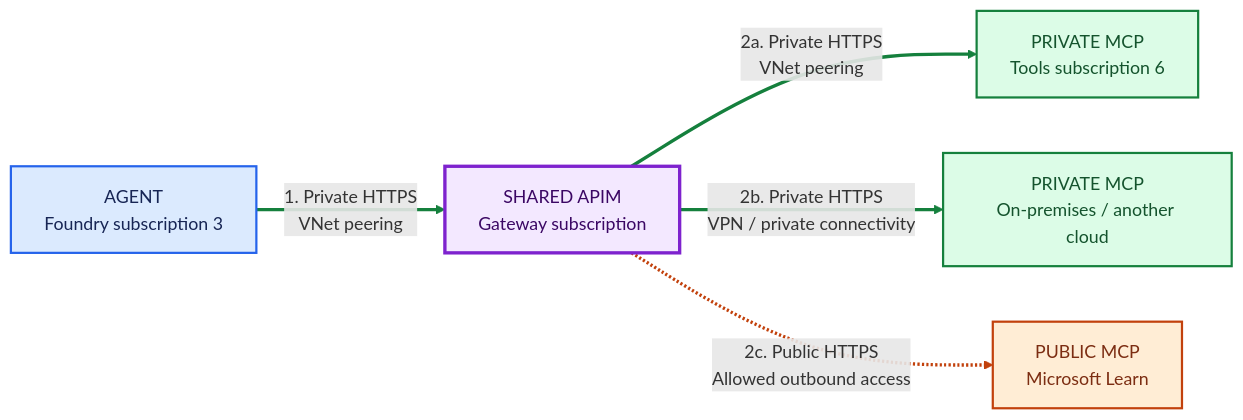
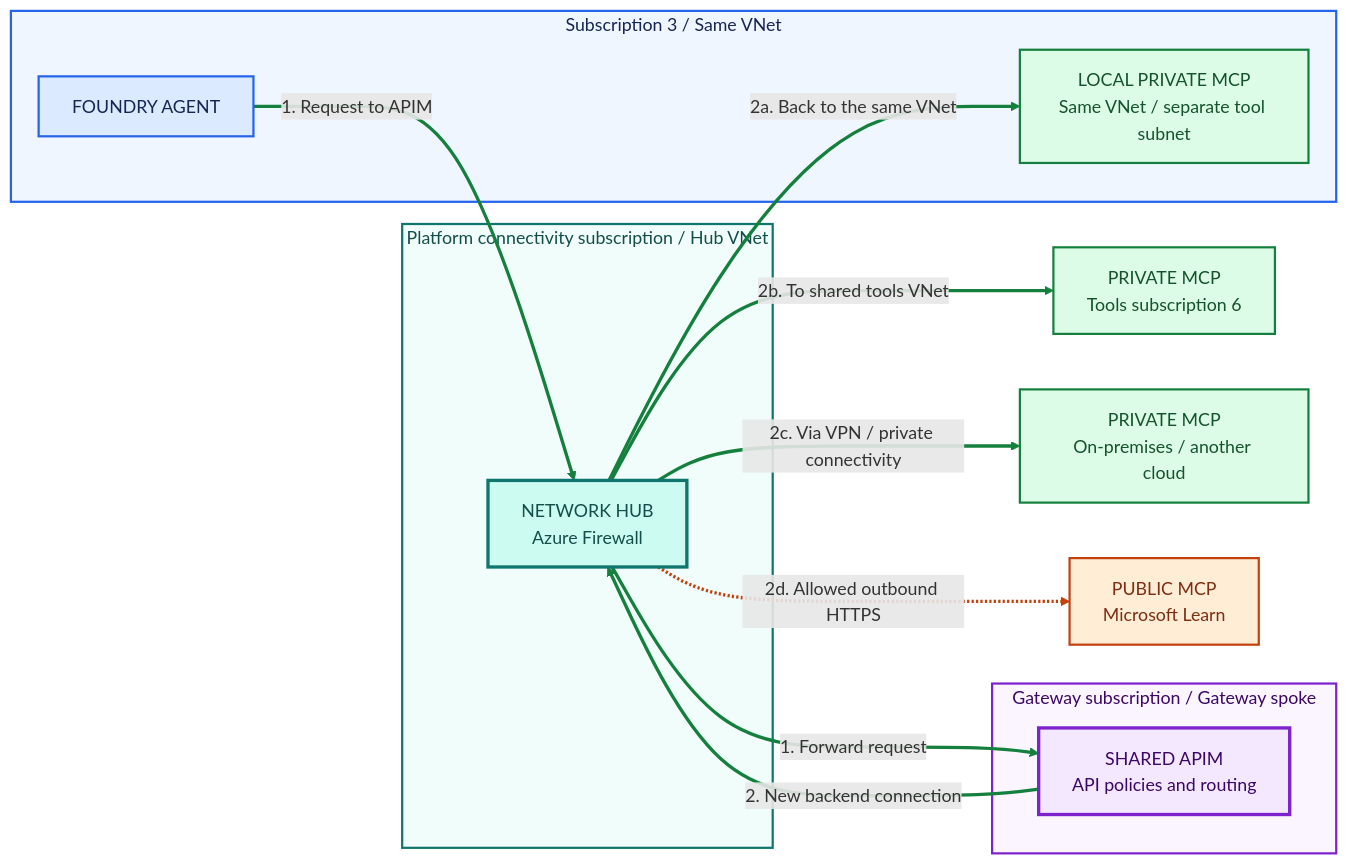
The second of 2 diagrams in architecture.md (memasanz/foundry-ai-landing-zone), drawn with Mermaid before and after one commit. The commit also changed other lines of this file and 1 other file, not shown here.

````diff
--- a/architecture.md
+++ b/architecture.md
@@ -75,25 +89,41 @@
 ```mermaid
 flowchart LR
-    Agent["AGENT<br/>Foundry subscription 3"]
-    APIM["SHARED APIM<br/>Gateway subscription"]
+    subgraph Sub3["Subscription 3 / Same VNet"]
+        Agent["FOUNDRY AGENT"]
+        Local["LOCAL PRIVATE MCP<br/>Same VNet / separate tool subnet"]
+    end
+    subgraph Connectivity["Platform connectivity subscription / Hub VNet"]
+        Hub["NETWORK HUB<br/>Azure Firewall"]
+    end
+    subgraph Gateway["Gateway subscription / Gateway spoke"]
+        APIM["SHARED APIM<br/>API policies and routing"]
+    end
     Private["PRIVATE MCP<br/>Tools subscription 6"]
     Remote["PRIVATE MCP<br/>On-premises / another cloud"]
     Learn["PUBLIC MCP<br/>Microsoft Learn"]
 
-    Agent -->|"1. Private HTTPS<br/>VNet peering"| APIM
-    APIM -->|"2a. Private HTTPS<br/>VNet peering"| Private
-    APIM -->|"2b. Private HTTPS<br/>VPN / private connectivity"| Remote
-    APIM -.->|"2c. Public HTTPS<br/>Allowed outbound access"| Learn
+    Agent -->|"1. Request to APIM"| Hub
+    Hub -->|"1. Forward request"| APIM
+    APIM -->|"2. New backend connection"| Hub
+    Hub -->|"2a. Back to the same VNet"| Local
+    Hub -->|"2b. To shared tools VNet"| Private
+    Hub -->|"2c. Via VPN / private connectivity"| Remote
+    Hub -.->|"2d. Allowed outbound HTTPS"| Learn
 
     classDef gateway fill:#F3E8FF,stroke:#7E22CE,stroke-width:3px,color:#3B0764
     classDef foundry fill:#DBEAFE,stroke:#2563EB,stroke-width:2px,color:#172554
     classDef privateTool fill:#DCFCE7,stroke:#15803D,stroke-width:2px,color:#14532D
     classDef publicTool fill:#FFEDD5,stroke:#C2410C,stroke-width:2px,color:#7C2D12
 
     class APIM gateway
     class Agent foundry
-    class Private,Remote privateTool
+    class Private,Remote,Local privateTool
     class Learn publicTool
-    linkStyle 0,1,2 stroke:#15803D,stroke-width:3px
-    linkStyle 3 stroke:#C2410C,stroke-width:3px
+    classDef network fill:#CCFBF1,stroke:#0F766E,stroke-width:3px,color:#134E4A
+    class Hub network
+    style Sub3 fill:#EFF6FF,stroke:#2563EB,stroke-width:2px,color:#172554
+    style Connectivity fill:#F0FDFA,stroke:#0F766E,stroke-width:2px,color:#134E4A
+    style Gateway fill:#FAF5FF,stroke:#7E22CE,stroke-width:2px,color:#3B0764
+    linkStyle 0,1,2,3,4,5 stroke:#15803D,stroke-width:3px
+    linkStyle 6 stroke:#C2410C,stroke-width:3px
 ```
````
